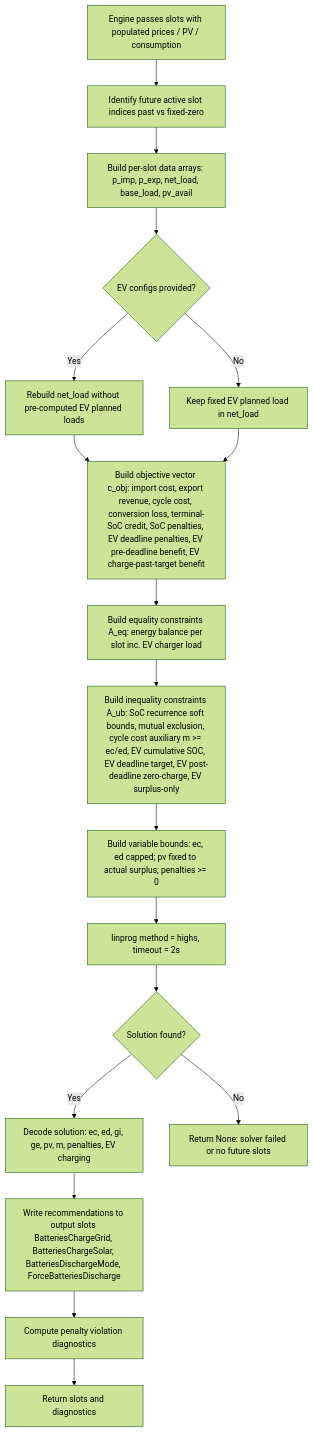
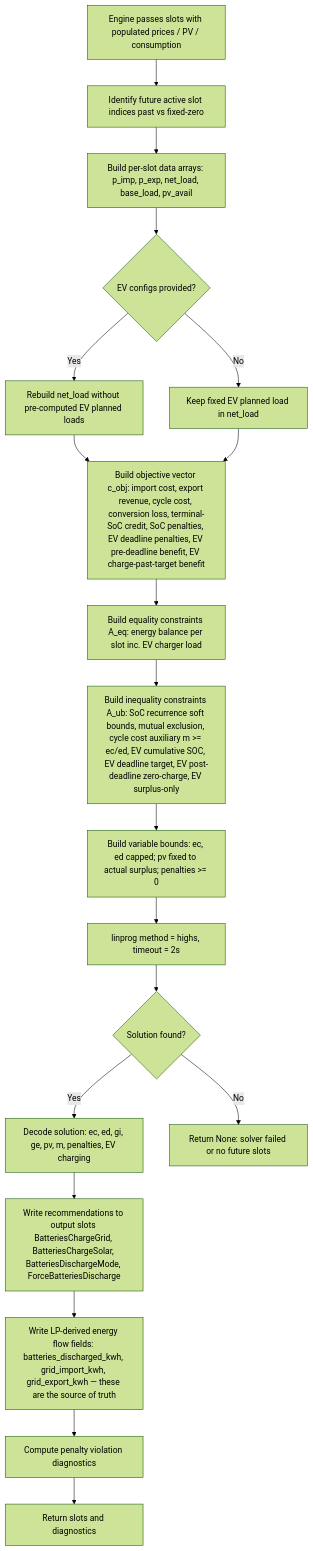
The first of 2 diagrams in docs/milp-optimization.md (woopstar/hsem), drawn with Mermaid (forest theme) before and after one commit. The commit also changed other lines of this file and 6 other files, not shown here.

First line of the commit message:
fix(milp): make LP's ed[t] the source of truth for batteries_discharged_kwh

````diff
--- a/docs/milp-optimization.md
+++ b/docs/milp-optimization.md
@@ -9,27 +9,28 @@
 ```mermaid
 flowchart TD
     A[Engine passes slots with populated prices / PV / consumption]
     B[Identify future active slot indices past vs fixed-zero]
     C[Build per-slot data arrays: p_imp, p_exp, net_load, base_load, pv_avail]
     D{EV configs provided?}
     E[Rebuild net_load without pre-computed EV planned loads]
     F[Keep fixed EV planned load in net_load]
     G[Build objective vector c_obj: import cost, export revenue, cycle cost, conversion loss, terminal-SoC credit, SoC penalties, EV deadline penalties, EV pre-deadline benefit, EV charge-past-target benefit]
     H[Build equality constraints A_eq: energy balance per slot inc. EV charger load]
     I[Build inequality constraints A_ub: SoC recurrence soft bounds, mutual exclusion, cycle cost auxiliary m >= ec/ed, EV cumulative SOC, EV deadline target, EV post-deadline zero-charge, EV surplus-only]
     J[Build variable bounds: ec, ed capped; pv fixed to actual surplus; penalties >= 0]
     K[linprog method = highs, timeout = 2s]
     L{Solution found?}
     M[Decode solution: ec, ed, gi, ge, pv, m, penalties, EV charging]
     N[Write recommendations to output slots BatteriesChargeGrid, BatteriesChargeSolar, BatteriesDischargeMode, ForceBatteriesDischarge]
+    N2[Write LP-derived energy flow fields: batteries_discharged_kwh, grid_import_kwh, grid_export_kwh — these are the source of truth]
     O[Compute penalty violation diagnostics]
     P[Return slots and diagnostics]
     Q[Return None: solver failed or no future slots]
 
     A --> B --> C --> D
     D -->|Yes| E --> G
     D -->|No| F --> G
     G --> H --> I --> J --> K --> L
-    L -->|Yes| M --> N --> O --> P
+    L -->|Yes| M --> N --> N2 --> O --> P
     L -->|No| Q
 ```
````
